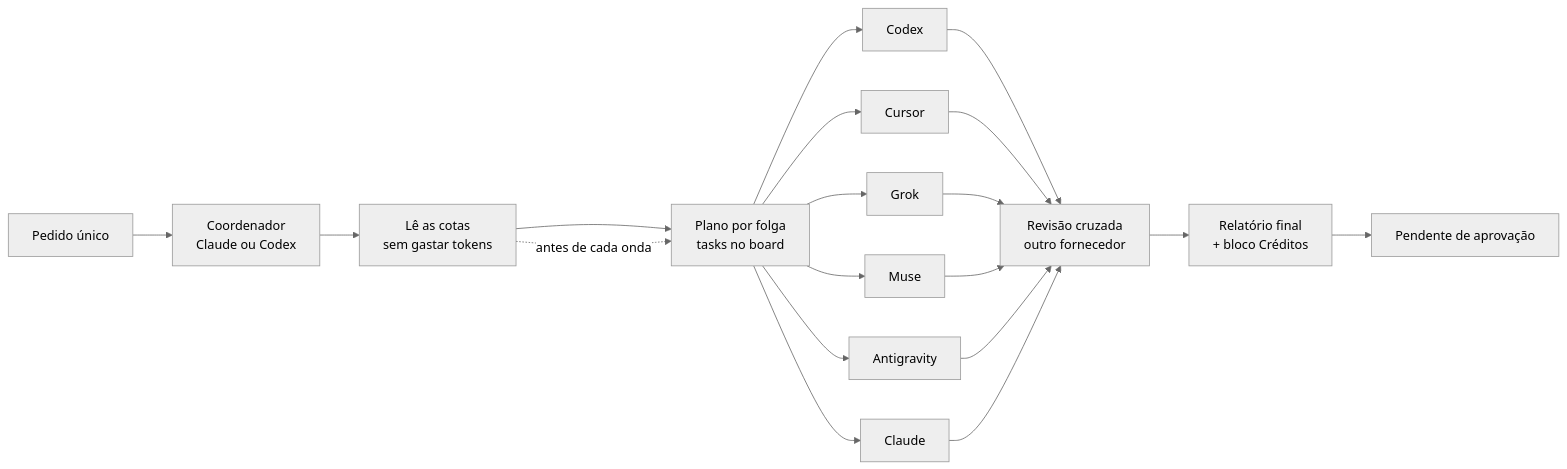
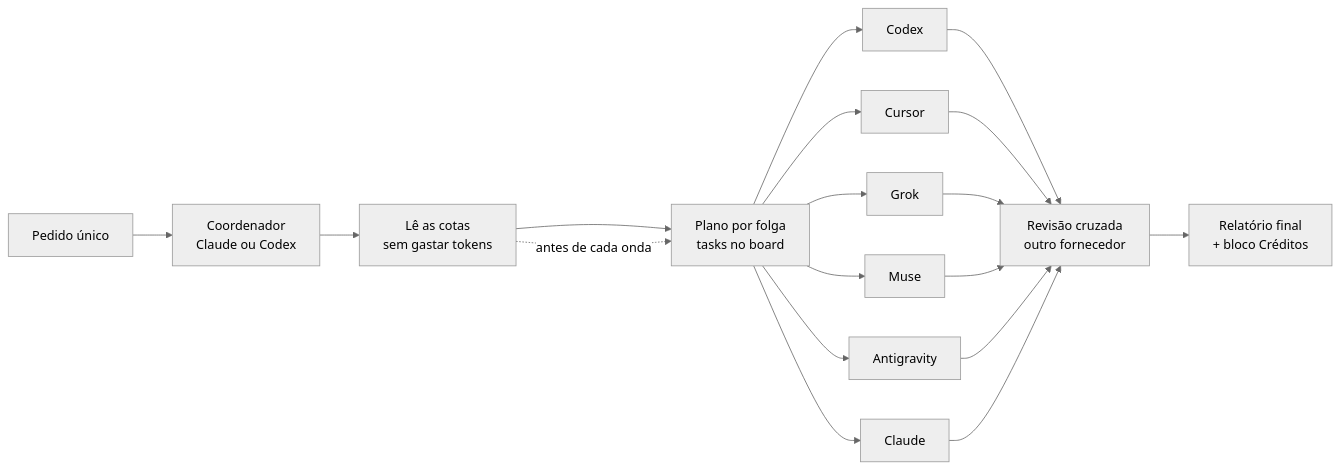
The first of 2 diagrams in docs/IDEIA.md (bentoneto7/orca-advanced-orquestration), drawn with Mermaid (neutral theme) before and after one commit. The commit also changed other lines of this file and 6 other files, not shown here.

````diff
--- a/docs/IDEIA.md
+++ b/docs/IDEIA.md
@@ -42,16 +42,15 @@
 ```mermaid
 flowchart LR
     P[Pedido único] --> C[Coordenador<br/>Claude ou Codex]
     C --> Q[Lê as cotas<br/>sem gastar tokens]
     Q --> PL[Plano por folga<br/>tasks no board]
     PL --> W1[Codex]
     PL --> W2[Cursor]
     PL --> W3[Grok]
     PL --> W4[Muse]
     PL --> W5[Antigravity]
     PL --> W6[Claude]
     W1 & W2 & W3 & W4 & W5 & W6 --> R[Revisão cruzada<br/>outro fornecedor]
     R --> F[Relatório final<br/>+ bloco Créditos]
-    F --> A[Pendente de aprovação]
     Q -. antes de cada onda .-> PL
 ```
````
